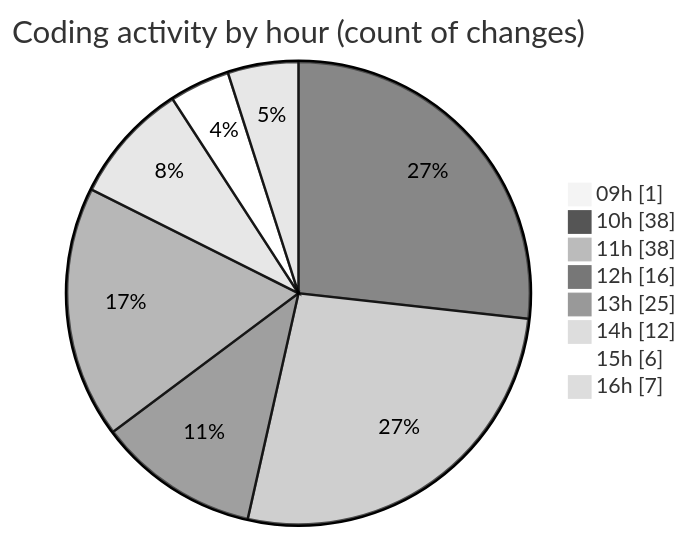
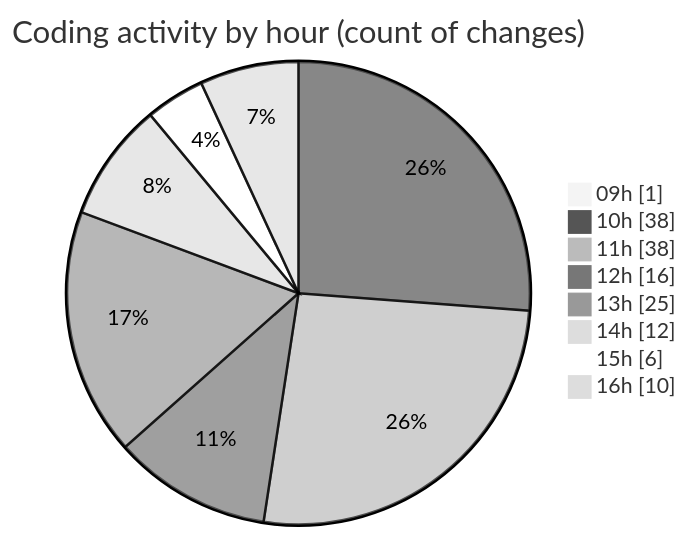
The second of 2 diagrams in 2026-01-07/cda/README.md (momahboobian/code-tracking), drawn with Mermaid (neutral theme) before and after one commit. The commit also changed other lines of this file and 1 other file, not shown here.

````diff
--- a/2026-01-07/cda/README.md
+++ b/2026-01-07/cda/README.md
@@ -61,12 +62,12 @@
 ```mermaid
 pie showData
 title Coding activity by hour (count of changes)
 "09h" : 1
 "10h" : 38
 "11h" : 38
 "12h" : 16
 "13h" : 25
 "14h" : 12
 "15h" : 6
-"16h" : 7
+"16h" : 10
 ```
````
